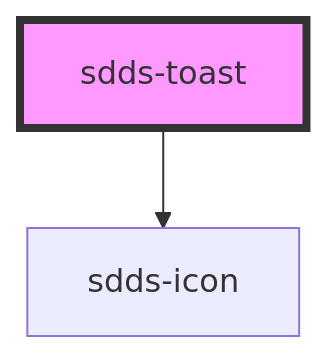
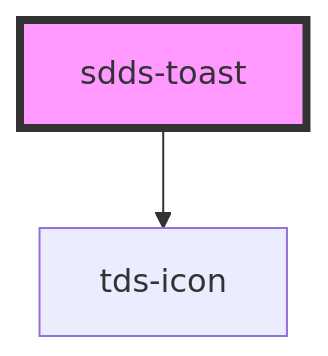
The diagram in core/src/components/toast/readme.md (scania-digital-design-system/tegel), drawn with Mermaid before and after one commit. The commit also changed other lines of this file and 75 other files, not shown here.

````diff
--- a/core/src/components/toast/readme.md
+++ b/core/src/components/toast/readme.md
@@ -57,5 +57,5 @@
 ```mermaid
 graph TD;
-  sdds-toast --> sdds-icon
+  sdds-toast --> tds-icon
   style sdds-toast fill:#f9f,stroke:#333,stroke-width:4px
 ```
````
